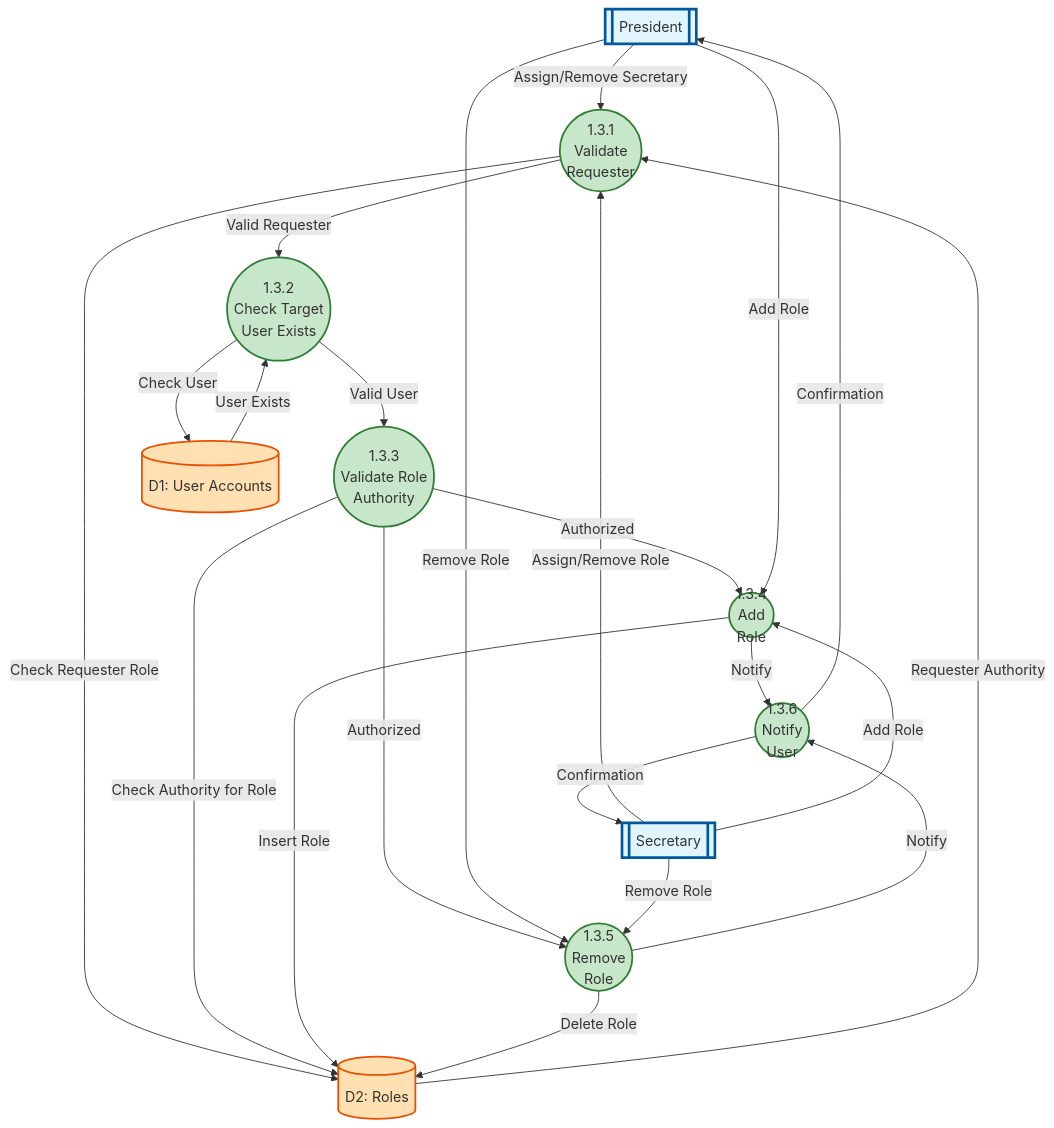
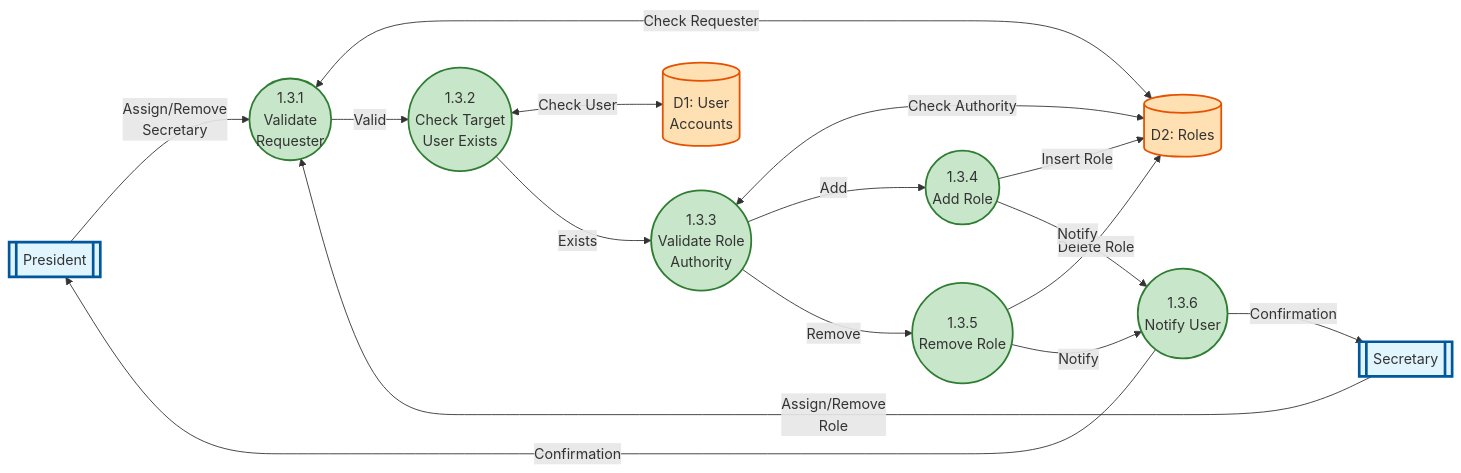
The diagram in DFD-L3-2-RoleAssignment.mmd (RachitKumar205/swe), drawn with Mermaid before and after one commit. The commit also changed 16 other files, not shown here.

Commit message:
fix: fix up diagrams a bit more

```diff
--- a/DFD-L3-2-RoleAssignment.mmd
+++ b/DFD-L3-2-RoleAssignment.mmd
@@ -1,45 +1,41 @@
-flowchart TB
+flowchart LR
+    %% Left
     President[["President"]]
     Secretary[["Secretary"]]
 
+    %% Center - Linear Flow
     P131(("1.3.1<br/>Validate<br/>Requester"))
     P132(("1.3.2<br/>Check Target<br/>User Exists"))
     P133(("1.3.3<br/>Validate Role<br/>Authority"))
-    P134(("1.3.4<br/>Add<br/>Role"))
-    P135(("1.3.5<br/>Remove<br/>Role"))
-    P136(("1.3.6<br/>Notify<br/>User"))
+    P134(("1.3.4<br/>Add Role"))
+    P135(("1.3.5<br/>Remove Role"))
+    P136(("1.3.6<br/>Notify User"))
 
-    D1[(D1: User Accounts)]
+    %% Data Stores
+    D1[(D1: User<br/>Accounts)]
     D2[(D2: Roles)]
 
-    President -->|Assign/Remove Secretary| P131
-    Secretary -->|Assign/Remove Role| P131
-    P131 -->|Check Requester Role| D2
-    D2 -->|Requester Authority| P131
-    P131 -->|Valid Requester| P132
-    P132 -->|Check User| D1
-    D1 -->|User Exists| P132
-    P132 -->|Valid User| P133
-    P133 -->|Check Authority for Role| D2
-    P133 -->|Authorized| P134
-    P133 -->|Authorized| P135
-
-    President -->|Add Role| P134
-    Secretary -->|Add Role| P134
+    %% Flows
+    President -->|Assign/Remove<br/>Secretary| P131
+    Secretary -->|Assign/Remove<br/>Role| P131
+    P131 <-->|Check Requester| D2
+    P131 -->|Valid| P132
+    P132 <-->|Check User| D1
+    P132 -->|Exists| P133
+    P133 <-->|Check Authority| D2
+    P133 -->|Add| P134
+    P133 -->|Remove| P135
     P134 -->|Insert Role| D2
+    P135 -->|Delete Role| D2
     P134 -->|Notify| P136
+    P135 -->|Notify| P136
     P136 -->|Confirmation| President
     P136 -->|Confirmation| Secretary
-
-    President -->|Remove Role| P135
-    Secretary -->|Remove Role| P135
-    P135 -->|Delete Role| D2
-    P135 -->|Notify| P136
 
     classDef external fill:#e1f5ff,stroke:#01579b,stroke-width:3px
     classDef process fill:#c8e6c9,stroke:#2e7d32,stroke-width:2px
     classDef datastore fill:#ffe0b2,stroke:#e65100,stroke-width:2px
 
     class President,Secretary external
     class P131,P132,P133,P134,P135,P136 process
     class D1,D2 datastore
```
